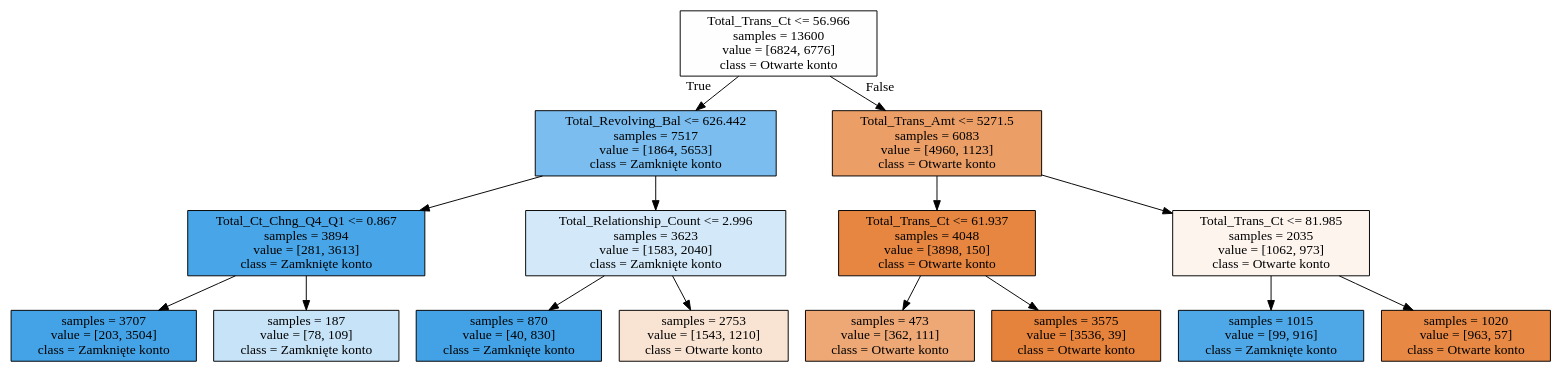
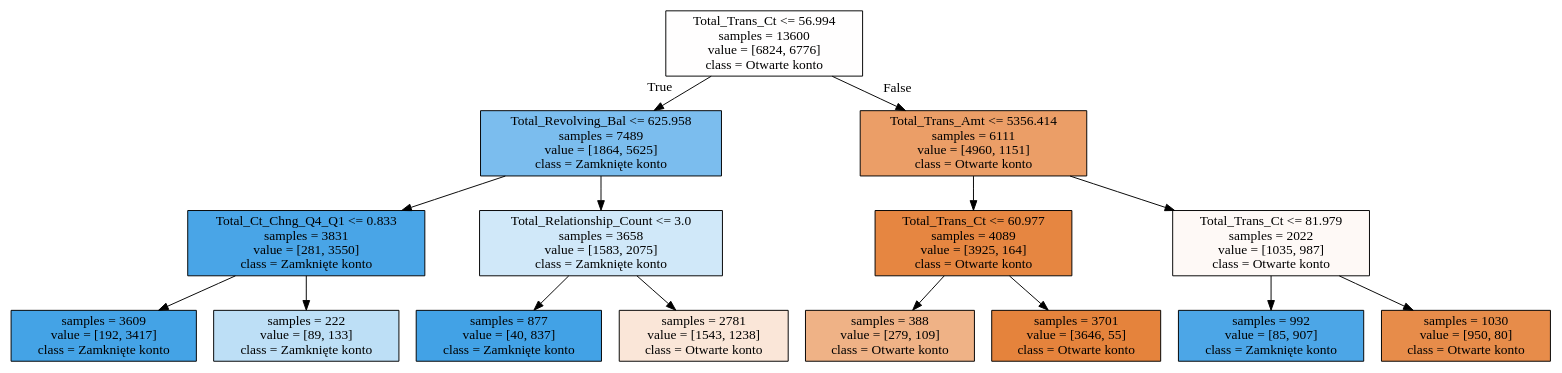
One commit to skuam/Credict_card_analize changed the diagram in tree.dot. Above: the diagram before and after it, drawn with Graphviz. The commit also changed 2 other files, not shown here.

```diff
--- a/tree.dot
+++ b/tree.dot
@@ -1,32 +1,32 @@
 digraph Tree {
 node [shape=box, style="filled", color="black"] ;
-0 [label="Total_Trans_Ct <= 56.966\nsamples = 13600\nvalue = [6824, 6776]\nclass = Otwarte konto", fillcolor="#fffefe"] ;
-1 [label="Total_Revolving_Bal <= 626.442\nsamples = 7517\nvalue = [1864, 5653]\nclass = Zamknięte konto", fillcolor="#7abdee"] ;
+0 [label="Total_Trans_Ct <= 56.994\nsamples = 13600\nvalue = [6824, 6776]\nclass = Otwarte konto", fillcolor="#fffefe"] ;
+1 [label="Total_Revolving_Bal <= 625.958\nsamples = 7489\nvalue = [1864, 5625]\nclass = Zamknięte konto", fillcolor="#7bbdee"] ;
 0 -> 1 [labeldistance=2.5, labelangle=45, headlabel="True"] ;
-2 [label="Total_Ct_Chng_Q4_Q1 <= 0.867\nsamples = 3894\nvalue = [281, 3613]\nclass = Zamknięte konto", fillcolor="#48a5e7"] ;
+2 [label="Total_Ct_Chng_Q4_Q1 <= 0.833\nsamples = 3831\nvalue = [281, 3550]\nclass = Zamknięte konto", fillcolor="#49a5e7"] ;
 1 -> 2 ;
-3 [label="samples = 3707\nvalue = [203, 3504]\nclass = Zamknięte konto", fillcolor="#44a3e7"] ;
+3 [label="samples = 3609\nvalue = [192, 3417]\nclass = Zamknięte konto", fillcolor="#44a3e6"] ;
 2 -> 3 ;
-4 [label="samples = 187\nvalue = [78, 109]\nclass = Zamknięte konto", fillcolor="#c7e3f8"] ;
+4 [label="samples = 222\nvalue = [89, 133]\nclass = Zamknięte konto", fillcolor="#bddff6"] ;
 2 -> 4 ;
-5 [label="Total_Relationship_Count <= 2.996\nsamples = 3623\nvalue = [1583, 2040]\nclass = Zamknięte konto", fillcolor="#d3e9f9"] ;
+5 [label="Total_Relationship_Count <= 3.0\nsamples = 3658\nvalue = [1583, 2075]\nclass = Zamknięte konto", fillcolor="#d0e8f9"] ;
 1 -> 5 ;
-6 [label="samples = 870\nvalue = [40, 830]\nclass = Zamknięte konto", fillcolor="#43a2e6"] ;
+6 [label="samples = 877\nvalue = [40, 837]\nclass = Zamknięte konto", fillcolor="#42a2e6"] ;
 5 -> 6 ;
-7 [label="samples = 2753\nvalue = [1543, 1210]\nclass = Otwarte konto", fillcolor="#f9e4d4"] ;
+7 [label="samples = 2781\nvalue = [1543, 1238]\nclass = Otwarte konto", fillcolor="#fae6d8"] ;
 5 -> 7 ;
-8 [label="Total_Trans_Amt <= 5271.5\nsamples = 6083\nvalue = [4960, 1123]\nclass = Otwarte konto", fillcolor="#eb9e66"] ;
+8 [label="Total_Trans_Amt <= 5356.414\nsamples = 6111\nvalue = [4960, 1151]\nclass = Otwarte konto", fillcolor="#eb9e67"] ;
 0 -> 8 [labeldistance=2.5, labelangle=-45, headlabel="False"] ;
-9 [label="Total_Trans_Ct <= 61.937\nsamples = 4048\nvalue = [3898, 150]\nclass = Otwarte konto", fillcolor="#e68641"] ;
+9 [label="Total_Trans_Ct <= 60.977\nsamples = 4089\nvalue = [3925, 164]\nclass = Otwarte konto", fillcolor="#e68641"] ;
 8 -> 9 ;
-10 [label="samples = 473\nvalue = [362, 111]\nclass = Otwarte konto", fillcolor="#eda876"] ;
+10 [label="samples = 388\nvalue = [279, 109]\nclass = Otwarte konto", fillcolor="#efb286"] ;
 9 -> 10 ;
-11 [label="samples = 3575\nvalue = [3536, 39]\nclass = Otwarte konto", fillcolor="#e5823b"] ;
+11 [label="samples = 3701\nvalue = [3646, 55]\nclass = Otwarte konto", fillcolor="#e5833c"] ;
 9 -> 11 ;
-12 [label="Total_Trans_Ct <= 81.985\nsamples = 2035\nvalue = [1062, 973]\nclass = Otwarte konto", fillcolor="#fdf4ee"] ;
+12 [label="Total_Trans_Ct <= 81.979\nsamples = 2022\nvalue = [1035, 987]\nclass = Otwarte konto", fillcolor="#fef9f6"] ;
 8 -> 12 ;
-13 [label="samples = 1015\nvalue = [99, 916]\nclass = Zamknięte konto", fillcolor="#4ea8e8"] ;
+13 [label="samples = 992\nvalue = [85, 907]\nclass = Zamknięte konto", fillcolor="#4ca6e7"] ;
 12 -> 13 ;
-14 [label="samples = 1020\nvalue = [963, 57]\nclass = Otwarte konto", fillcolor="#e78845"] ;
+14 [label="samples = 1030\nvalue = [950, 80]\nclass = Otwarte konto", fillcolor="#e78c4a"] ;
 12 -> 14 ;
 }
```
